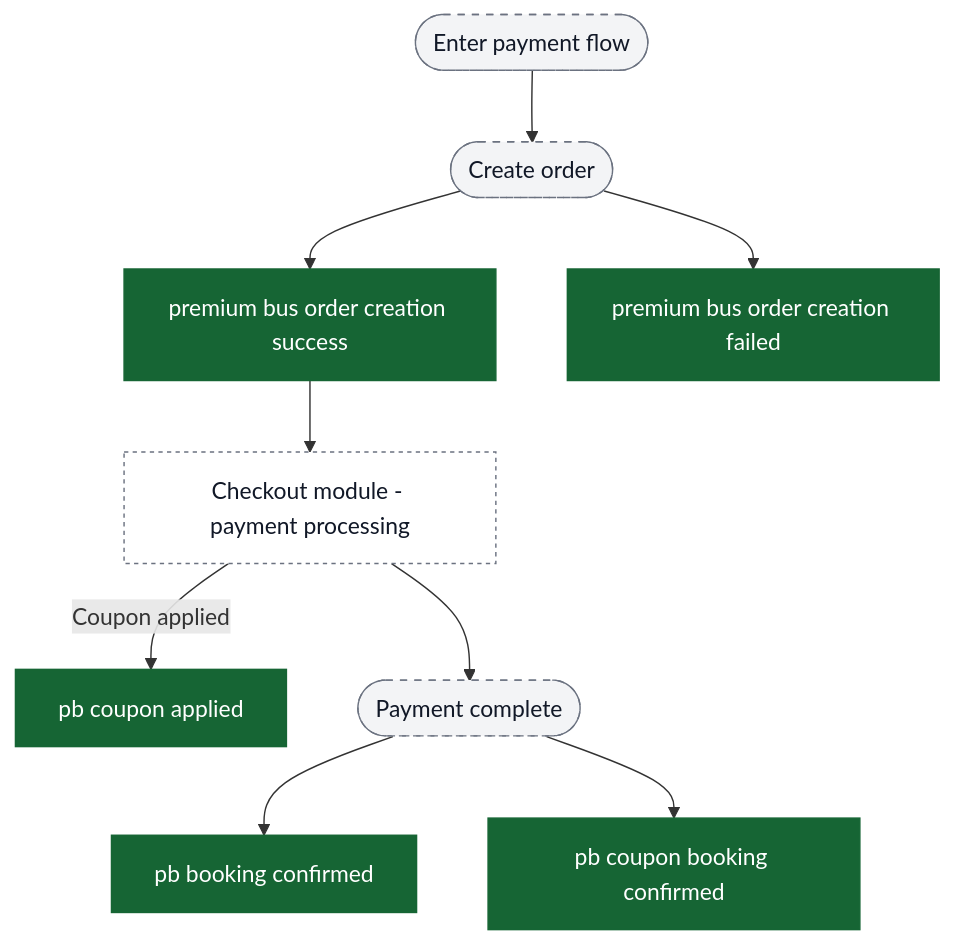
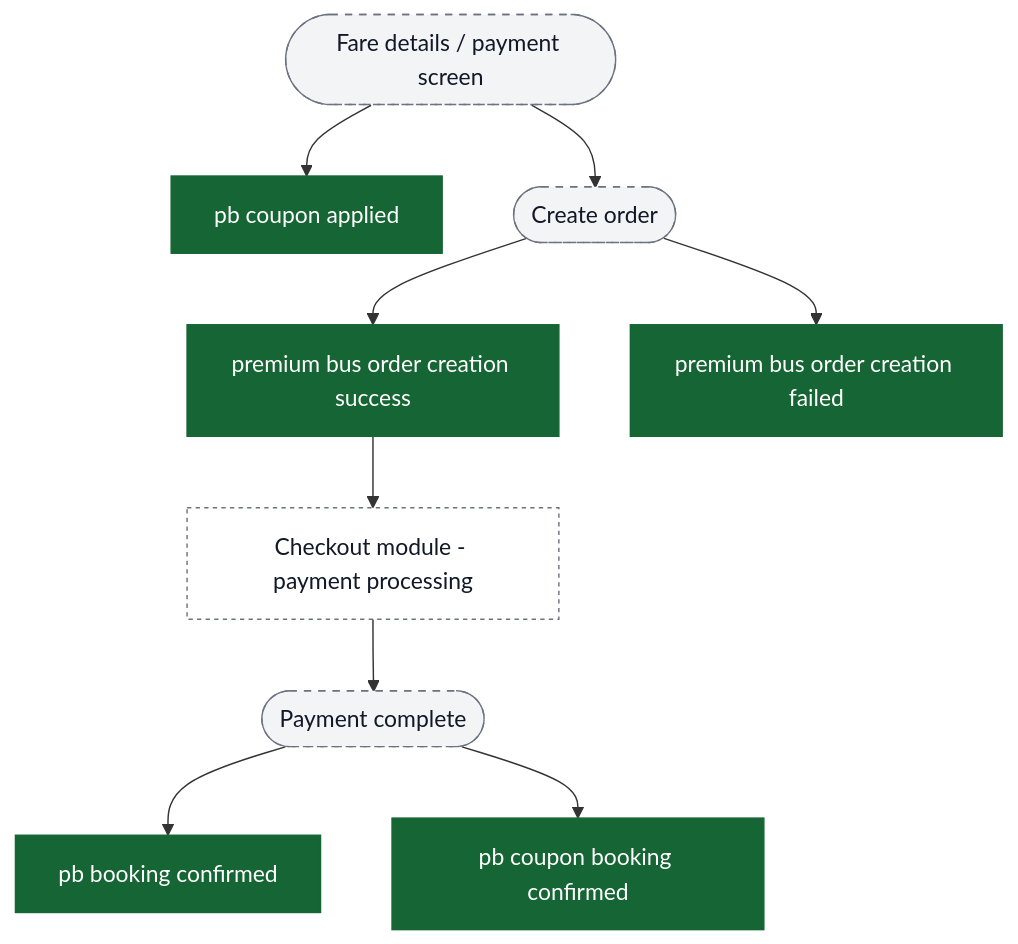
One commit to ratulsarna/chalo-app-dashboard changed the seventh of 7 diagrams in content/analytics/premium-bus-booking/flow-diagrams.md. Above: the diagram before and after it, drawn with Mermaid. The commit also changed other lines of this file and 1 other file, not shown here.

Commit message:
feat(analytics): add new events and properties for premium bus booking flow and update flow diagrams

````diff
--- a/content/analytics/premium-bus-booking/flow-diagrams.md
+++ b/content/analytics/premium-bus-booking/flow-diagrams.md
@@ -276,23 +277,24 @@
 ```mermaid
 flowchart TD
-  ui_paymentEntry([Enter payment flow]) --> ui_orderCreation([Create order])
+  ui_paymentEntry([Fare details / payment screen]) --> ev_couponApplied["pb coupon applied"]
+  ui_paymentEntry --> ui_orderCreation([Create order])
 
   ui_orderCreation --> ev_orderSuccess["premium bus order creation success"]
   ui_orderCreation --> ev_orderFailed["premium bus order creation failed"]
 
   ev_orderSuccess --> ext_checkout[Checkout module - payment processing]
-
-  ext_checkout -->|Coupon applied| ev_couponApplied["pb coupon applied"]
   ext_checkout --> ui_paymentComplete([Payment complete])
 
   ui_paymentComplete --> ev_bookingConfirmed["pb booking confirmed"]
   ui_paymentComplete --> ev_couponBookingConfirmed["pb coupon booking confirmed"]
+
+  %%chalo:diagram-link ev_bookingConfirmed -> title:External: Premium Bus Activation & Tracking
 
   classDef event fill:#166534,stroke:#166534,color:#ffffff;
   classDef ui fill:#f3f4f6,stroke:#6b7280,stroke-dasharray: 5 5,color:#111827;
   classDef external fill:#ffffff,stroke:#6b7280,stroke-dasharray: 3 3,color:#111827;
 
   class ev_orderSuccess,ev_orderFailed,ev_couponApplied,ev_bookingConfirmed,ev_couponBookingConfirmed event;
   class ui_paymentEntry,ui_orderCreation,ui_paymentComplete ui;
   class ext_checkout external;
 ```
````
